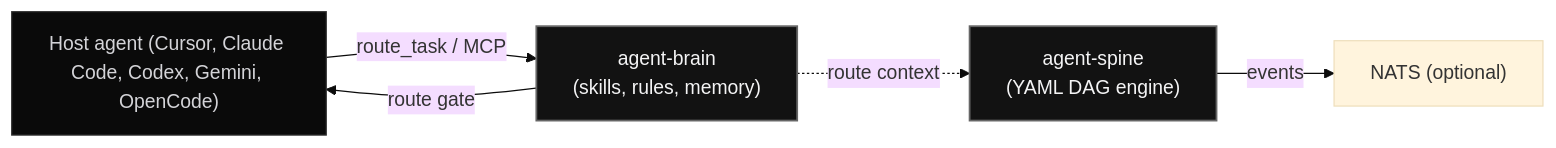
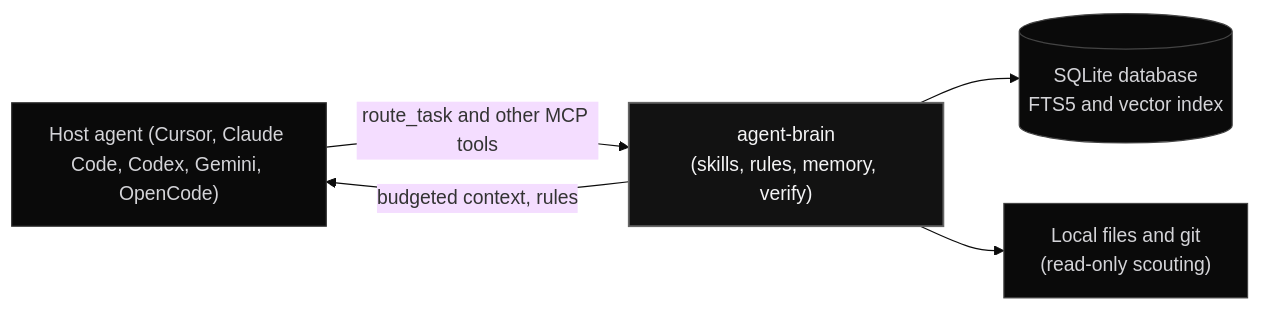
The diagram in src/routes/agent-brain/docs/architecture/+page.md (autonomic-ai-dev/website), drawn with Mermaid (base theme) before and after one commit. The commit also changed other lines of this file and 20 other files, not shown here.

First line of the commit message:
docs(site): agent-brain concepts, MCP tools, config and troubleshooting; consistent typography (#56)

````diff
--- a/src/routes/agent-brain/docs/architecture/+page.md
+++ b/src/routes/agent-brain/docs/architecture/+page.md
@@ -9,14 +9,14 @@
 ```mermaid
 flowchart LR
-    Host["Host agent (Cursor, Claude Code, Codex, Gemini, OpenCode)"] -->|route_task / MCP| Brain["agent-brain\n(skills, rules, memory)"]
-    Brain -->|route gate| Host
-    Spine["agent-spine\n(YAML DAG engine)"] -->|events| Nats["NATS (optional)"]
-    Brain -.->|route context| Spine
+    Host["Host agent (Cursor, Claude Code, Codex, Gemini, OpenCode)"] -->|route_task and other MCP tools| Brain["agent-brain\n(skills, rules, memory, verify)"]
+    Brain -->|budgeted context, rules| Host
+    Brain --> DB[("SQLite database\nFTS5 and vector index")]
+    Brain --> Files["Local files and git\n(read-only scouting)"]
 
     classDef host fill:#0a0a0a,stroke:#333333,stroke-width:1px,color:#d4d4d8;
     classDef core fill:#121212,stroke:#666666,stroke-width:1.5px,color:#f4f4f5;
-    classDef exec fill:#121212,stroke:#666666,stroke-width:1.5px,color:#f4f4f5;
+    classDef store fill:#0a0a0a,stroke:#444444,stroke-width:1px,color:#d4d4d8;
     class Host host;
     class Brain core;
-    class Spine exec;
+    class DB,Files store;
 ```
````
